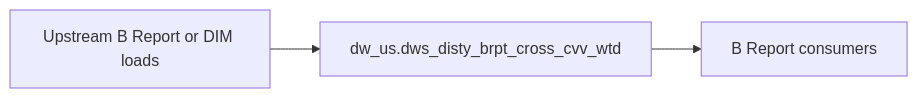
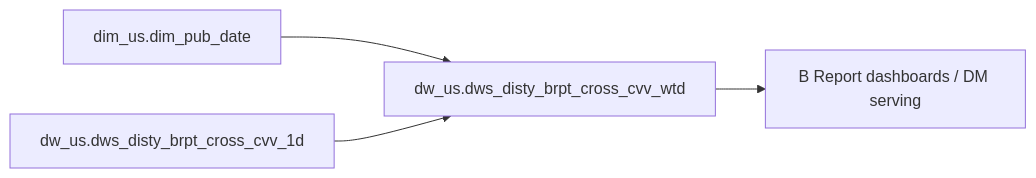
One commit to chengduhaha/data_agent changed the diagram in backend/defaults/b_report/workspace/target/knowledgebase/b-report-us/dws_disty_brpt_cross_cvv_wtd.md. Above: the diagram before and after it, drawn with Mermaid. The commit also changed other lines of this file and 1108 other files, not shown here.

````diff
--- a/backend/defaults/b_report/workspace/target/knowledgebase/b-report-us/dws_disty_brpt_cross_cvv_wtd.md
+++ b/backend/defaults/b_report/workspace/target/knowledgebase/b-report-us/dws_disty_brpt_cross_cvv_wtd.md
@@ -167,8 +267,10 @@
 ```mermaid
 flowchart LR
-  upstream[Upstream B Report or DIM loads]
-  tgt["dw_us.dws_disty_brpt_cross_cvv_wtd"]
-  brpt[B Report consumers]
-  upstream --> tgt
-  tgt --> brpt
+  dw_us_dws_disty_brpt_cross_cvv_wtd["dw_us.dws_disty_brpt_cross_cvv_wtd"]
+  src0["dim_us.dim_pub_date"]
+  src0 --> dw_us_dws_disty_brpt_cross_cvv_wtd
+  src1["dw_us.dws_disty_brpt_cross_cvv_1d"]
+  src1 --> dw_us_dws_disty_brpt_cross_cvv_wtd
+  consumers["B Report dashboards / DM serving"]
+  dw_us_dws_disty_brpt_cross_cvv_wtd --> consumers
 ```
````
